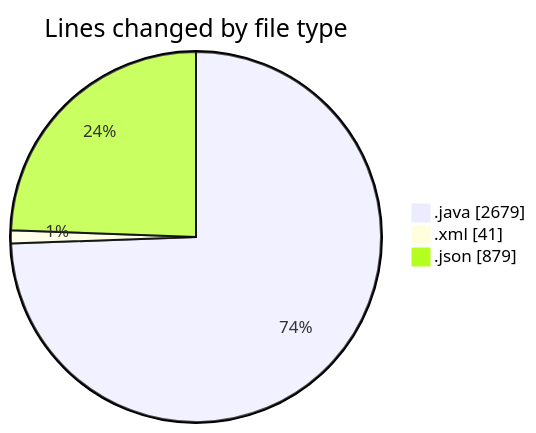
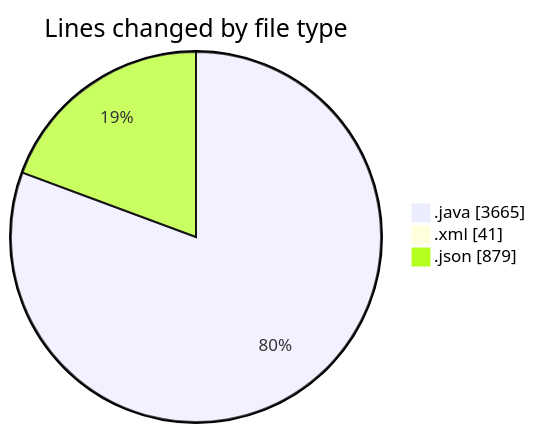
Before and after one commit to ricardozamudiocil/code-tracking: the first of 2 diagrams in 2026-03-10/cilapp/README.md, drawn with Mermaid. The commit also changed other lines of this file and 1 other file, not shown here.

````diff
--- a/2026-03-10/cilapp/README.md
+++ b/2026-03-10/cilapp/README.md
@@ -23,7 +23,7 @@
 ```mermaid
 pie showData
 title Lines changed by file type
-".java" : 2679
+".java" : 3665
 ".xml" : 41
 ".json" : 879
 ```
````
